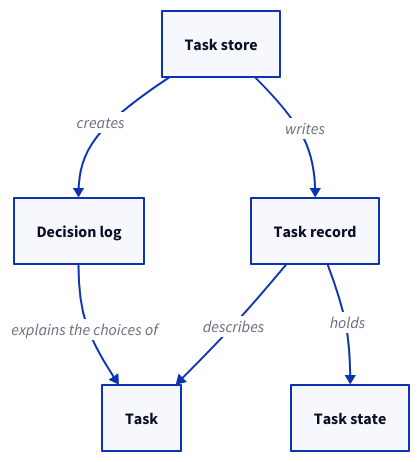
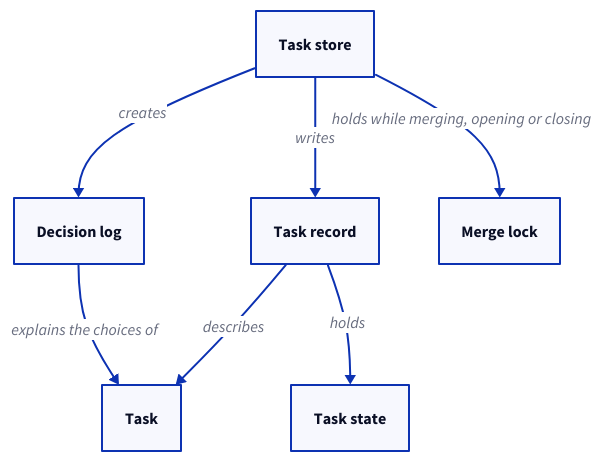
The second of 4 diagrams in specs/concorde/tasks/module.md (FTOD/concorde), drawn with D2 before and after one commit. The commit also changed other lines of this file and 18 other files, not shown here.

First line of the commit message:
Serialize merges with concorde task merge and a merge lock

````diff
--- a/specs/concorde/tasks/module.md
+++ b/specs/concorde/tasks/module.md
@@ -139,12 +174,14 @@
 ```d2
 store: Task store
 record: Task record
 log: Decision log
 task: Task
 state: Task state
+lock: Merge lock
 store -> record: writes
 store -> log: creates
+store -> lock: holds while merging, opening or closing
 record -> task: describes
 record -> state: holds
 log -> task: explains the choices of
 ```
````
